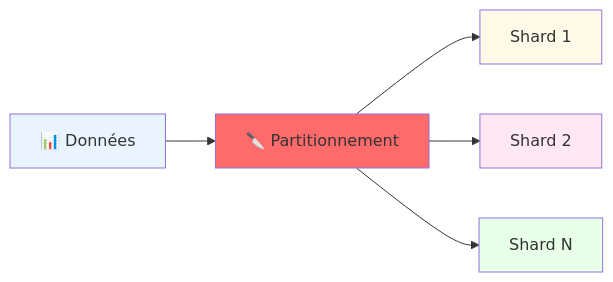
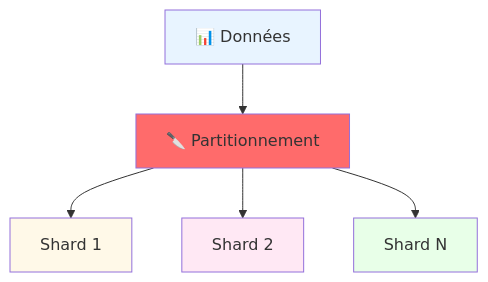
Diagram 25 of 37 in slides.md (fpetitit/formation-back-front), drawn with Mermaid before and after one commit. The commit also changed other lines of this file, not shown here.

First line of the commit message:
docs(slides): refactor layouts and update section flow

````diff
--- a/slides.md
+++ b/slides.md
@@ -1229,13 +1269,13 @@
 ```mermaid
-graph LR
+graph TB
     A["📊 Données"] --> B["🔪 Partitionnement"]
     B --> C["Shard 1"]
     B --> D["Shard 2"]
     B --> E["Shard N"]
 
     style A fill:#e8f4ff
     style B fill:#ff6b6b
     style C fill:#fff9e8
     style D fill:#ffe8f4
     style E fill:#e8ffe8
 ```
````
